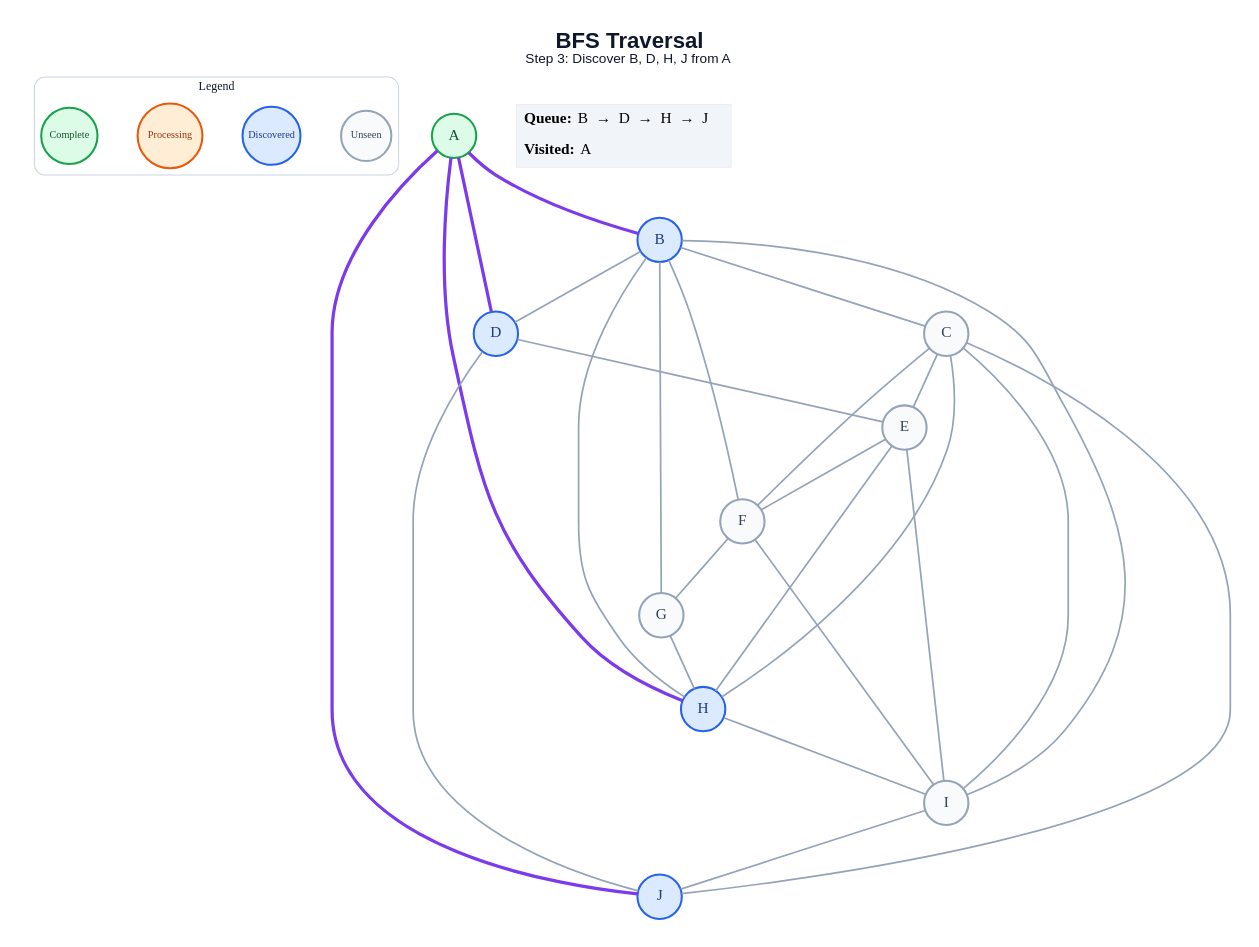
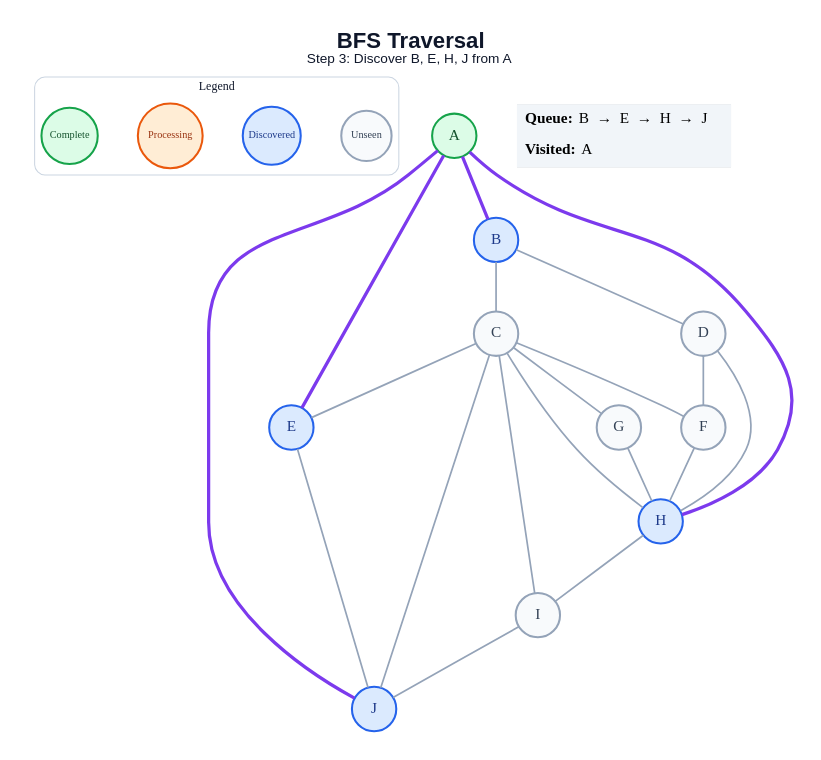
One commit to amanghodawala9/ai-slop changed the diagram in generated/bfs/step_03.dot. Above: the diagram before and after it, drawn with Graphviz. The commit also changed 178 other files, not shown here.

```diff
--- a/generated/bfs/step_03.dot
+++ b/generated/bfs/step_03.dot
@@ -1,54 +1,48 @@
 graph traversal {
   graph [layout=dot, rankdir=TB, bgcolor="#FFFFFF", pad="0.35", nodesep="0.65", ranksep="0.8", fontname="Arial"];
   node [shape=circle, style="filled", fontname="Arial Bold", fontsize=18, width=0.72, fixedsize=true, penwidth=2.4];
   edge [color="#94A3B8", penwidth=2.0];
-  label=<<B>BFS Traversal</B><BR/><FONT POINT-SIZE="16">Step 3: Discover B, D, H, J from A</FONT>>; labelloc="t"; fontsize=26; fontname="Arial"; fontcolor="#0F172A";
+  label=<<B>BFS Traversal</B><BR/><FONT POINT-SIZE="16">Step 3: Discover B, E, H, J from A</FONT>>; labelloc="t"; fontsize=26; fontname="Arial"; fontcolor="#0F172A";
   subgraph cluster_legend { label="Legend"; color="#CBD5E1"; penwidth=1.2; style="rounded"; fontsize=14; fontname="Arial Bold";
     key_unseen [label="Unseen", fillcolor="#F8FAFC", color="#94A3B8", fontcolor="#334155", fontsize=12, width=0.82];
     key_frontier [label="Discovered", fillcolor="#DBEAFE", color="#2563EB", fontcolor="#1E3A8A", fontsize=12, width=0.95];
     key_current [label="Processing", fillcolor="#FFEDD5", color="#EA580C", fontcolor="#9A3412", fontsize=12, width=1.05];
     key_done [label="Complete", fillcolor="#DCFCE7", color="#16A34A", fontcolor="#14532D", fontsize=12, width=0.92];
     { rank=same; key_unseen; key_frontier; key_current; key_done; }
   }
   A [fillcolor="#DCFCE7", color="#16A34A", fontcolor="#14532D"];
   B [fillcolor="#DBEAFE", color="#2563EB", fontcolor="#1E3A8A"];
   C [fillcolor="#F8FAFC", color="#94A3B8", fontcolor="#334155"];
-  D [fillcolor="#DBEAFE", color="#2563EB", fontcolor="#1E3A8A"];
-  E [fillcolor="#F8FAFC", color="#94A3B8", fontcolor="#334155"];
+  D [fillcolor="#F8FAFC", color="#94A3B8", fontcolor="#334155"];
+  E [fillcolor="#DBEAFE", color="#2563EB", fontcolor="#1E3A8A"];
   F [fillcolor="#F8FAFC", color="#94A3B8", fontcolor="#334155"];
   G [fillcolor="#F8FAFC", color="#94A3B8", fontcolor="#334155"];
   H [fillcolor="#DBEAFE", color="#2563EB", fontcolor="#1E3A8A"];
   I [fillcolor="#F8FAFC", color="#94A3B8", fontcolor="#334155"];
   J [fillcolor="#DBEAFE", color="#2563EB", fontcolor="#1E3A8A"];
   A -- B [color="#7C3AED", penwidth=3.8];
-  A -- D [color="#7C3AED", penwidth=3.8];
+  A -- E [color="#7C3AED", penwidth=3.8];
   A -- H [color="#7C3AED", penwidth=3.8];
   A -- J [color="#7C3AED", penwidth=3.8];
   B -- C;
   B -- D;
-  B -- F;
-  B -- G;
-  B -- H;
-  B -- I;
   C -- E;
   C -- F;
+  C -- G;
   C -- H;
   C -- I;
   C -- J;
-  D -- E;
-  D -- J;
-  E -- F;
-  E -- H;
-  E -- I;
-  F -- G;
-  F -- I;
+  D -- F;
+  D -- H;
+  E -- J;
+  F -- H;
   G -- H;
   H -- I;
   I -- J;
   status [shape=plain, fixedsize=false, width=0, height=0, margin=0, label=<
     <TABLE BORDER="0" CELLBORDER="0" CELLPADDING="7" BGCOLOR="#F1F5F9">
-      <TR><TD ALIGN="LEFT"><B>Queue:</B> B  →  D  →  H  →  J</TD></TR>
+      <TR><TD ALIGN="LEFT"><B>Queue:</B> B  →  E  →  H  →  J</TD></TR>
       <TR><TD ALIGN="LEFT"><B>Visited:</B> A</TD></TR>
     </TABLE>
   >];
 }
```
